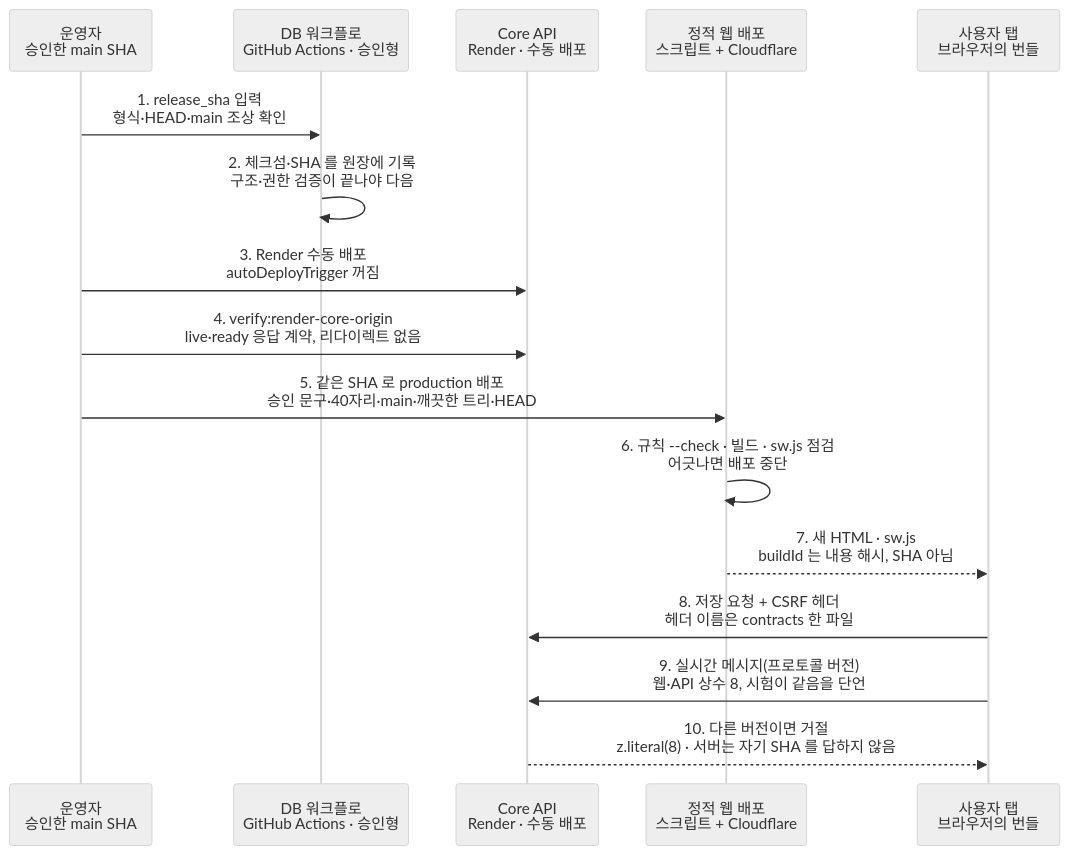
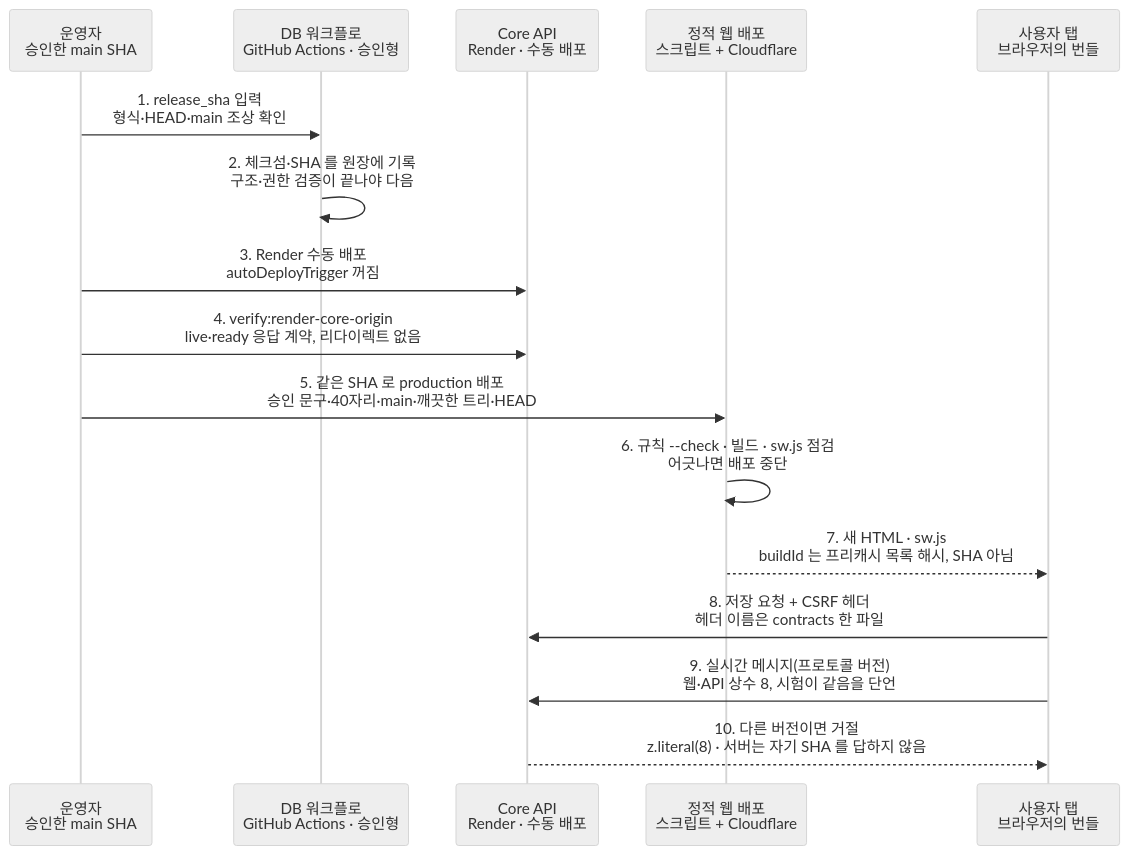
One commit to blue45f/toonstudio changed diagram 11 of 13 in docs/technology/engineering-architecture.md. Above: the diagram before and after it, drawn with Mermaid (neutral theme). The commit also changed other lines of this file and 9 other files, not shown here.

````diff
--- a/docs/technology/engineering-architecture.md
+++ b/docs/technology/engineering-architecture.md
@@ -634,18 +637,18 @@
 ```mermaid
 sequenceDiagram
   participant op as 운영자<br/>승인한 main SHA
   participant db as DB 워크플로<br/>GitHub Actions · 승인형
   participant api as Core API<br/>Render · 수동 배포
   participant web as 정적 웹 배포<br/>스크립트 + Cloudflare
   participant tab as 사용자 탭<br/>브라우저의 번들
   op->>db: 1. release_sha 입력<br/>형식·HEAD·main 조상 확인
   db->>db: 2. 체크섬·SHA 를 원장에 기록<br/>구조·권한 검증이 끝나야 다음
   op->>api: 3. Render 수동 배포<br/>autoDeployTrigger 꺼짐
   op->>api: 4. verify:render-core-origin<br/>live·ready 응답 계약, 리다이렉트 없음
   op->>web: 5. 같은 SHA 로 production 배포<br/>승인 문구·40자리·main·깨끗한 트리·HEAD
   web->>web: 6. 규칙 --check · 빌드 · sw.js 점검<br/>어긋나면 배포 중단
-  web-->>tab: 7. 새 HTML · sw.js<br/>buildId 는 내용 해시, SHA 아님
+  web-->>tab: 7. 새 HTML · sw.js<br/>buildId 는 프리캐시 목록 해시, SHA 아님
   tab->>api: 8. 저장 요청 + CSRF 헤더<br/>헤더 이름은 contracts 한 파일
   tab->>api: 9. 실시간 메시지(프로토콜 버전)<br/>웹·API 상수 8, 시험이 같음을 단언
   api-->>tab: 10. 다른 버전이면 거절<br/>z.literal(8) · 서버는 자기 SHA 를 답하지 않음
 ```
````
